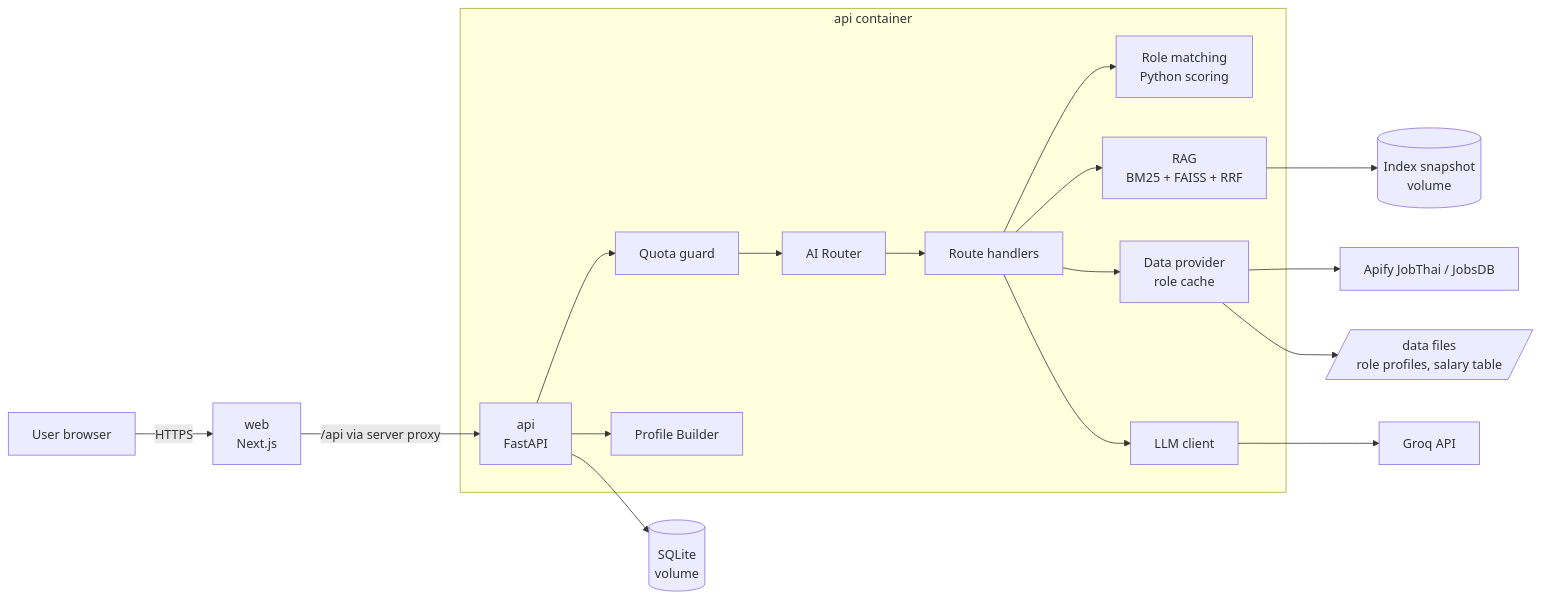
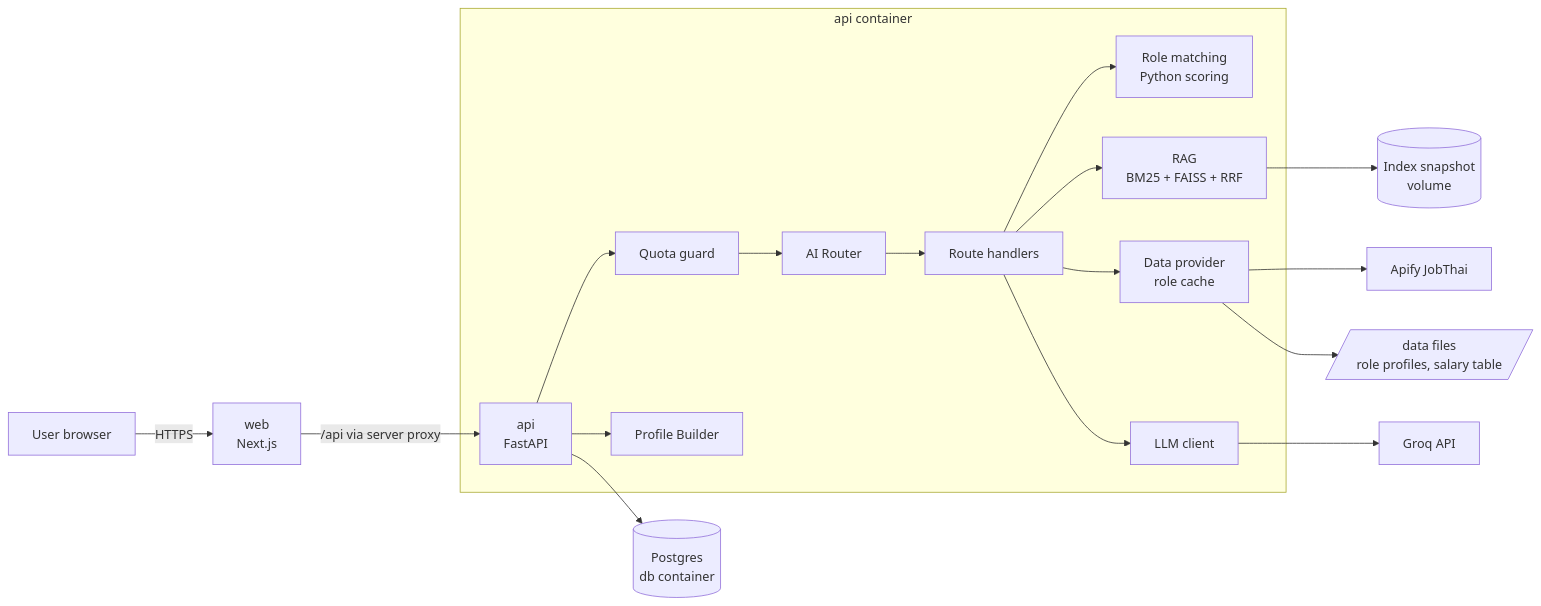
One commit to sakda1306/Advanced-Topic-in-Computer-Software-Course-Career-Mirror changed the first of 5 diagrams in docs/Design.md. Above: the diagram before and after it, drawn with Mermaid. The commit also changed other lines of this file and 4 other files, not shown here.

````diff
--- a/docs/Design.md
+++ b/docs/Design.md
@@ -17,20 +17,20 @@
 ```mermaid
 flowchart LR
   U[User browser] -->|HTTPS| W[web<br/>Next.js]
   W -->|/api via server proxy| A[api<br/>FastAPI]
   subgraph api container
     A --> Q[Quota guard]
     Q --> R[AI Router]
     R --> H[Route handlers]
     H --> S[Role matching<br/>Python scoring]
     H --> G[RAG<br/>BM25 + FAISS + RRF]
     H --> P[Data provider<br/>role cache]
     H --> L[LLM client]
     A --> PB[Profile Builder]
   end
-  A --> DB[(SQLite<br/>volume)]
+  A --> DB[(Postgres<br/>db container)]
   G --> IX[(Index snapshot<br/>volume)]
   L --> GROQ[Groq API]
-  P --> APIFY[Apify JobThai / JobsDB]
+  P --> APIFY[Apify JobThai]
   P --> DATA[/data files<br/>role profiles, salary table/]
 ```
````
